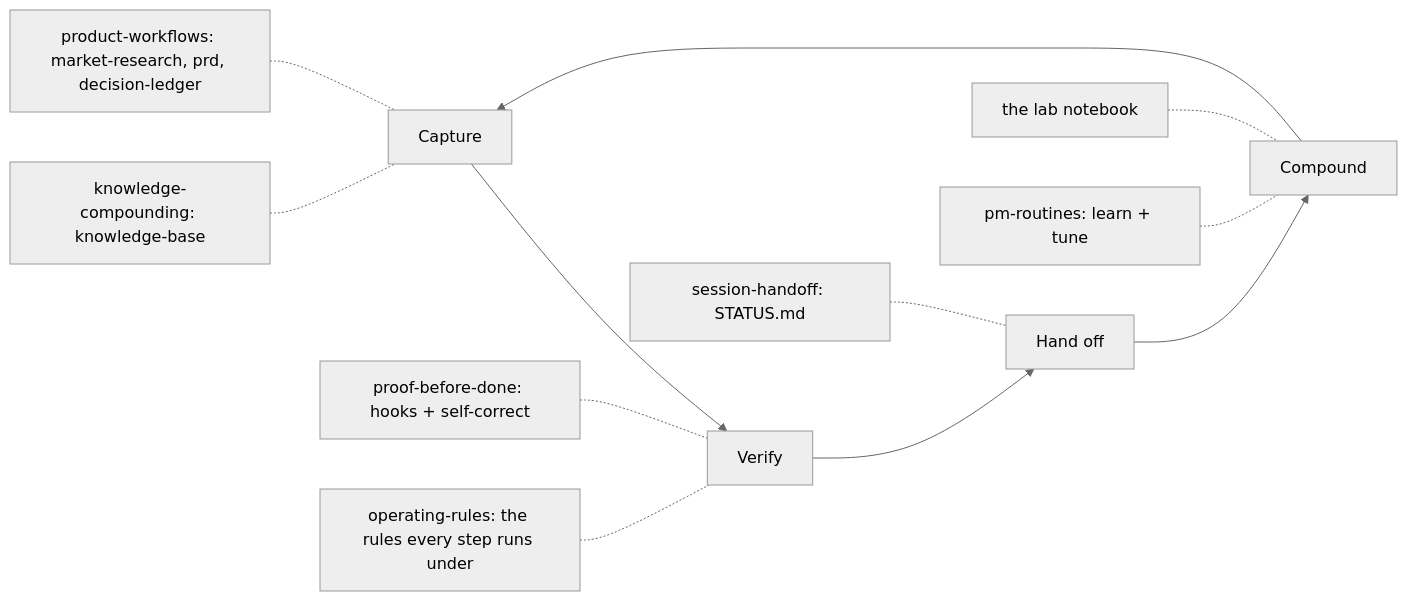
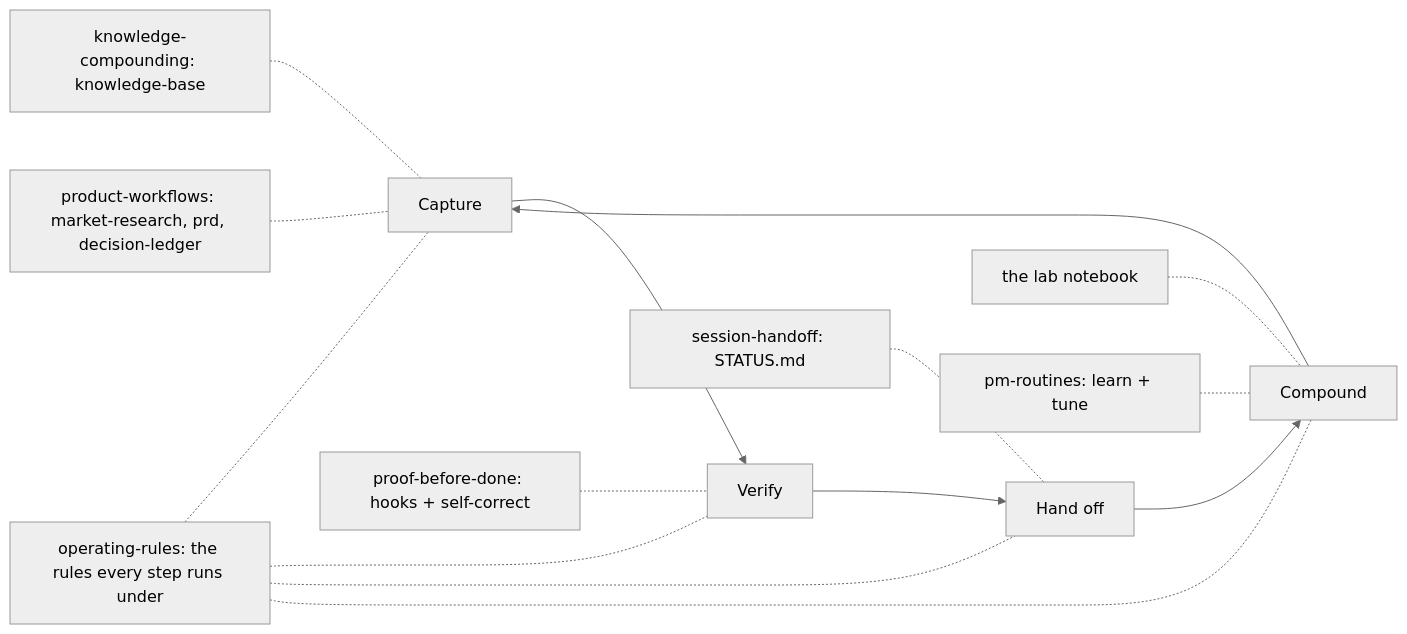
The diagram in README.md (nkhanhpham99/ai-pm-os), drawn with Mermaid (neutral theme) before and after one commit. The commit also changed other lines of this file and 7 other files, not shown here.

````diff
--- a/README.md
+++ b/README.md
@@ -21,12 +21,12 @@
 ```mermaid
 flowchart LR
     capture[Capture] --> verify[Verify] --> handoff[Hand off] --> compound[Compound] --> capture
 
     kb["knowledge-compounding: knowledge-base"] -.- capture
     pw["product-workflows: market-research, prd, decision-ledger"] -.- capture
     pbd["proof-before-done: hooks + self-correct"] -.- verify
     sh["session-handoff: STATUS.md"] -.- handoff
     lab["the lab notebook"] -.- compound
     pmr["pm-routines: learn + tune"] -.- compound
-    rules["operating-rules: the rules every step runs under"] -.- verify
+    rules["operating-rules: the rules every step runs under"] -.- capture & verify & handoff & compound
 ```
````
